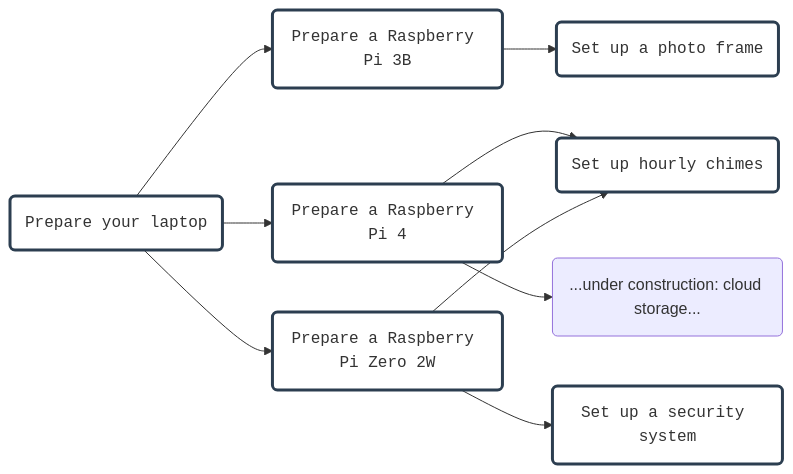
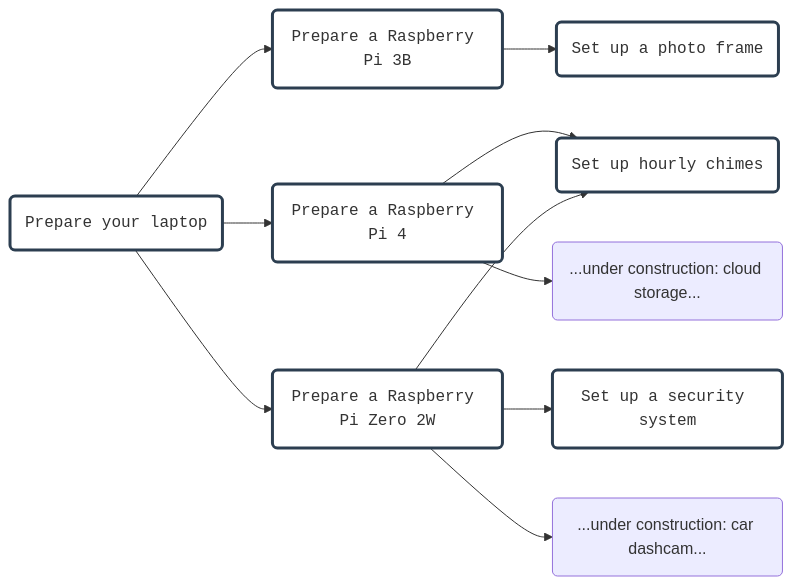
One commit to AninditaBasu/pi-projects changed the diagram in _includes/mermaid_navigation_flowchart.md. Above: the diagram before and after it, drawn with Mermaid. The commit also changed 10 other files, not shown here.

```diff
--- a/_includes/mermaid_navigation_flowchart.md
+++ b/_includes/mermaid_navigation_flowchart.md
@@ -1,22 +1,23 @@
 <div class="mermaid">
 flowchart LR
     A(Prepare your laptop) --> B(Prepare a Raspberry Pi 3B)
 	A --> C(Prepare a Raspberry Pi 4)
     B --> D(Set up a photo frame)
     C --> E(Set up hourly chimes)
 	A --> F(Prepare a Raspberry Pi Zero 2W)
 	F --> E
 	F --> G(Set up a security system)
     C --> H(...under construction: cloud storage...)
+	F --> I(...under construction: car dashcam...)
 	
 	click A "https://aninditabasu.github.io/pi-projects/topics/set_up_laptop.html"
 	click B "https://aninditabasu.github.io/pi-projects/topics/pi_3b_install_os.html"
 	click C "https://aninditabasu.github.io/pi-projects/topics/pi_4_install_os.html"
 	click D "https://aninditabasu.github.io/pi-projects/topics/photo_frame.html"
 	click E "https://aninditabasu.github.io/pi-projects/topics/clock_chime.html"
 	click F "https://aninditabasu.github.io/pi-projects/topics/pi_zero_install_os.html"
 	click G "https://aninditabasu.github.io/pi-projects/topics/security_camera.html"
 	
 	classDef boxstyle fill:white,stroke:#2c3e50,stroke-width:3px,font-family: monospace;
     class A,B,C,D,E,F,G boxstyle;
 </div>
```
